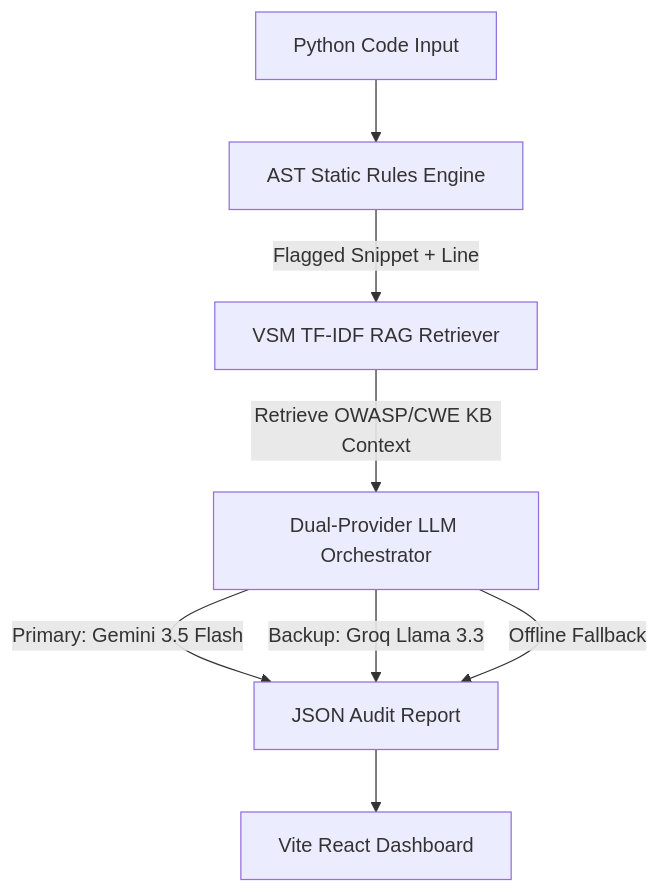
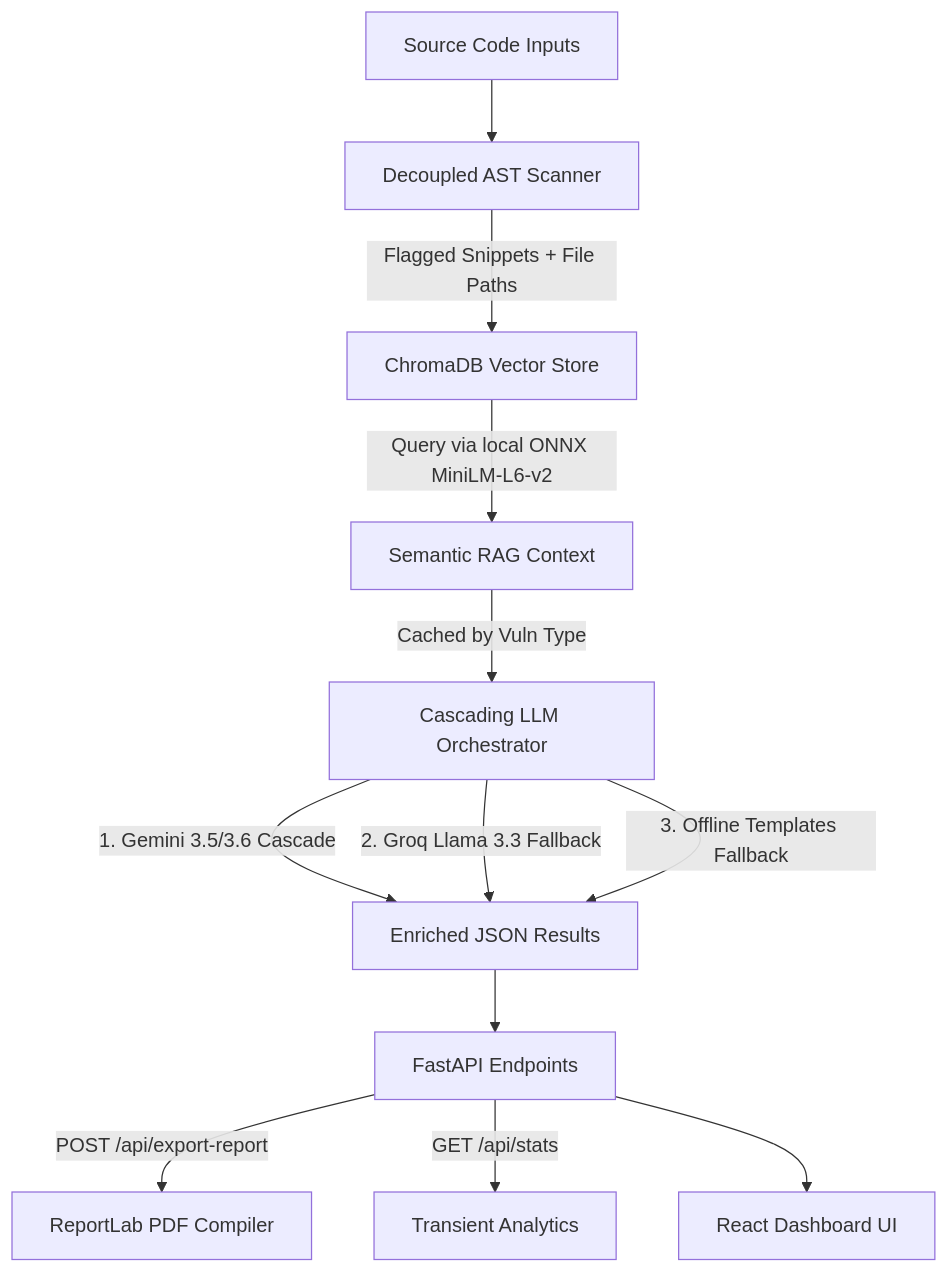
Before and after one commit to Piy26ush/SecureLens: the diagram in README.md, drawn with Mermaid. The commit also changed other lines of this file, not shown here.

Commit message:
docs: update README.md to specify SecureLens V2.0 architecture

````diff
--- a/README.md
+++ b/README.md
@@ -11,10 +11,14 @@
 ```mermaid
 graph TD
-    A[Python Code Input] --> B[AST Static Rules Engine]
-    B -->|Flagged Snippet + Line| C[VSM TF-IDF RAG Retriever]
-    C -->|Retrieve OWASP/CWE KB Context| D[Dual-Provider LLM Orchestrator]
-    D -->|Primary: Gemini 3.5 Flash| E[JSON Audit Report]
-    D -->|Backup: Groq Llama 3.3| E
-    D -->|Offline Fallback| E
-    E --> F[Vite React Dashboard]
+    A[Source Code Inputs] --> B[Decoupled AST Scanner]
+    B -->|Flagged Snippets + File Paths| C[ChromaDB Vector Store]
+    C -->|Query via local ONNX MiniLM-L6-v2| D[Semantic RAG Context]
+    D -->|Cached by Vuln Type| E[Cascading LLM Orchestrator]
+    E -->|1. Gemini 3.5/3.6 Cascade| F[Enriched JSON Results]
+    E -->|2. Groq Llama 3.3 Fallback| F
+    E -->|3. Offline Templates Fallback| F
+    F --> G[FastAPI Endpoints]
+    G -->|POST /api/export-report| H[ReportLab PDF Compiler]
+    G -->|GET /api/stats| I[Transient Analytics]
+    G --> J[React Dashboard UI]
 ```
````
